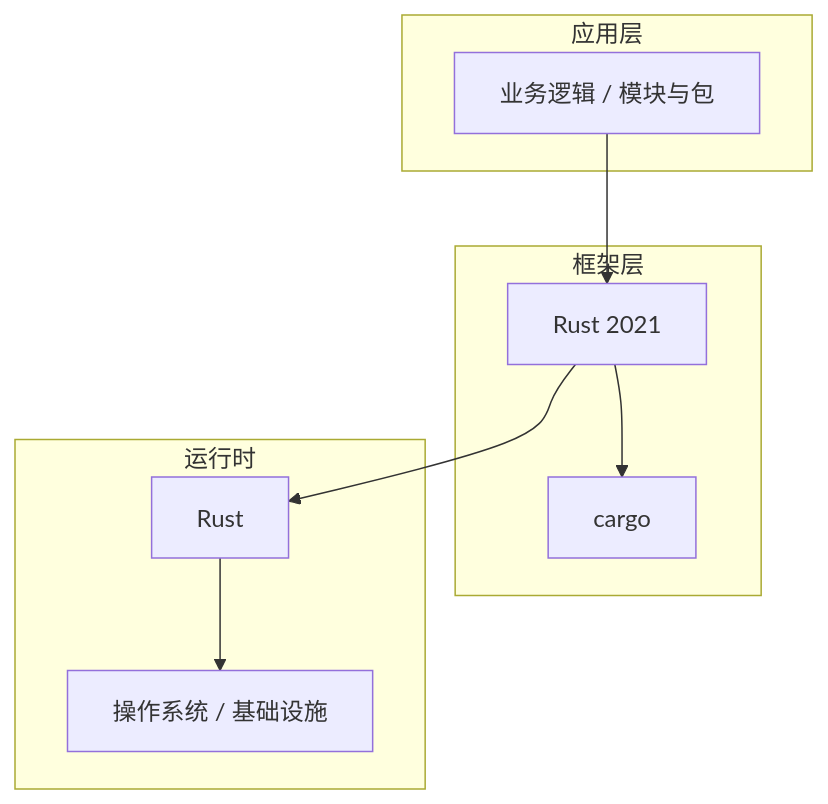
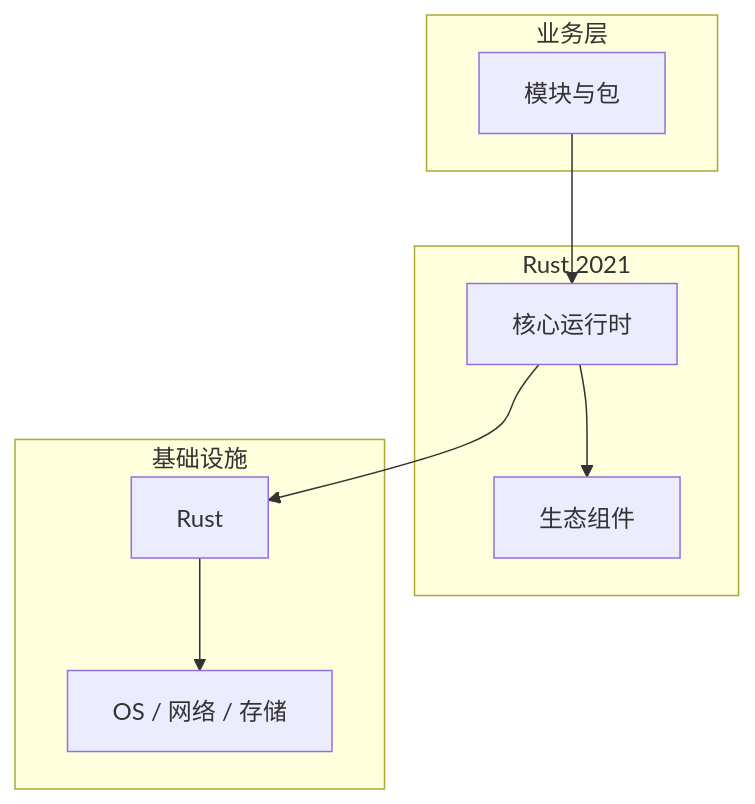
Before and after one commit to yanggan2015/knowledge-json-v2: the diagram in articles/Rust语言/chapters/065-模块与包核心概念与原理.md, drawn with Mermaid. The commit also changed other lines of this file and 10127 other files, not shown here.

````diff
--- a/articles/Rust语言/chapters/065-模块与包核心概念与原理.md
+++ b/articles/Rust语言/chapters/065-模块与包核心概念与原理.md
@@ -45,18 +34,18 @@
 ```mermaid
 graph TB
-    subgraph 应用层
-        A[业务逻辑 / 模块与包]
+    subgraph 业务层
+        A[模块与包]
     end
-    subgraph 框架层
-        B[Rust 2021]
-        C[cargo]
+    subgraph Rust 2021
+        B[核心运行时]
+        C[生态组件]
     end
-    subgraph 运行时
+    subgraph 基础设施
         D[Rust]
-        E[操作系统 / 基础设施]
+        E[OS / 网络 / 存储]
     end
     A --> B
     B --> C
     B --> D
     D --> E
 ```
````
